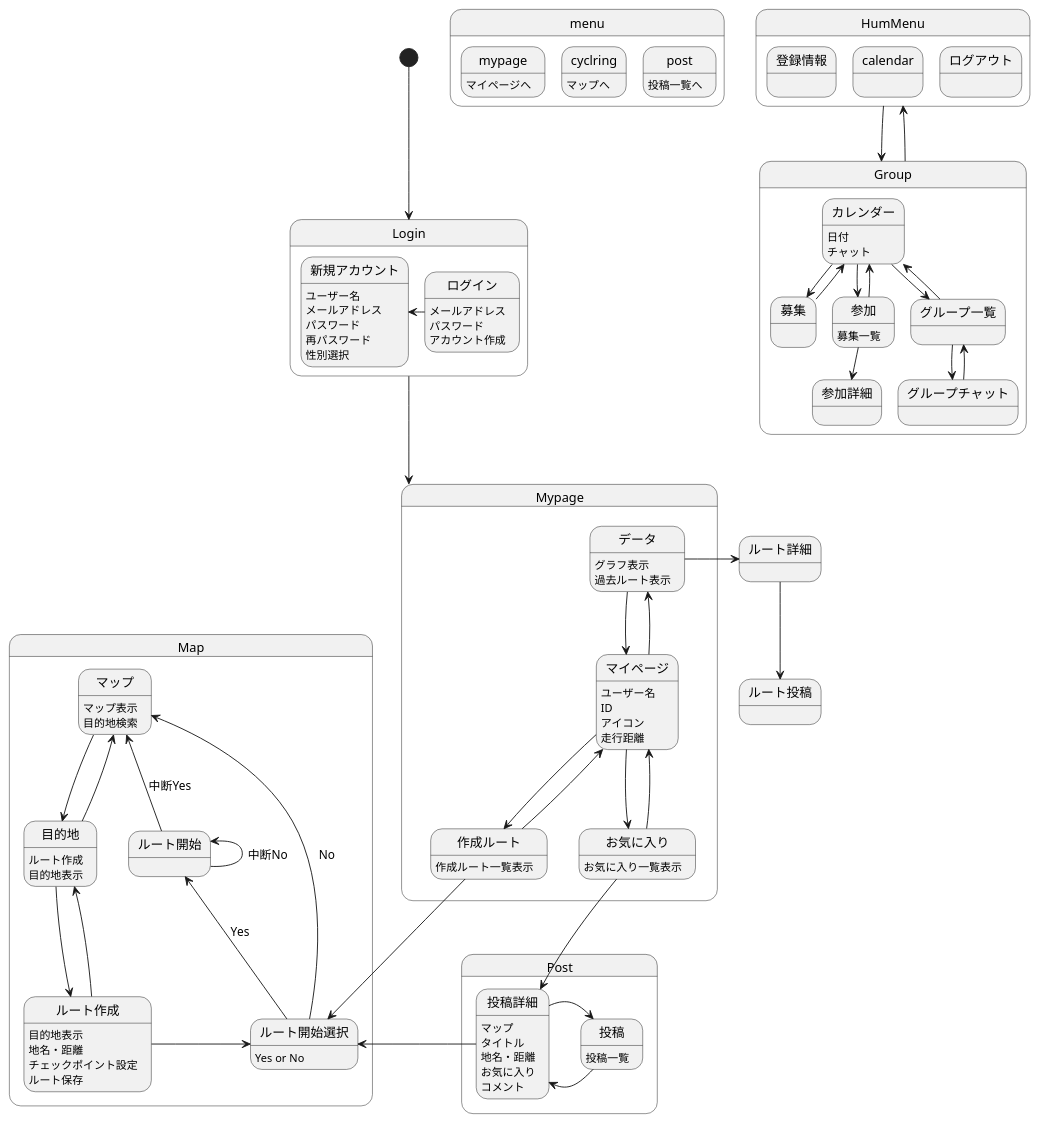
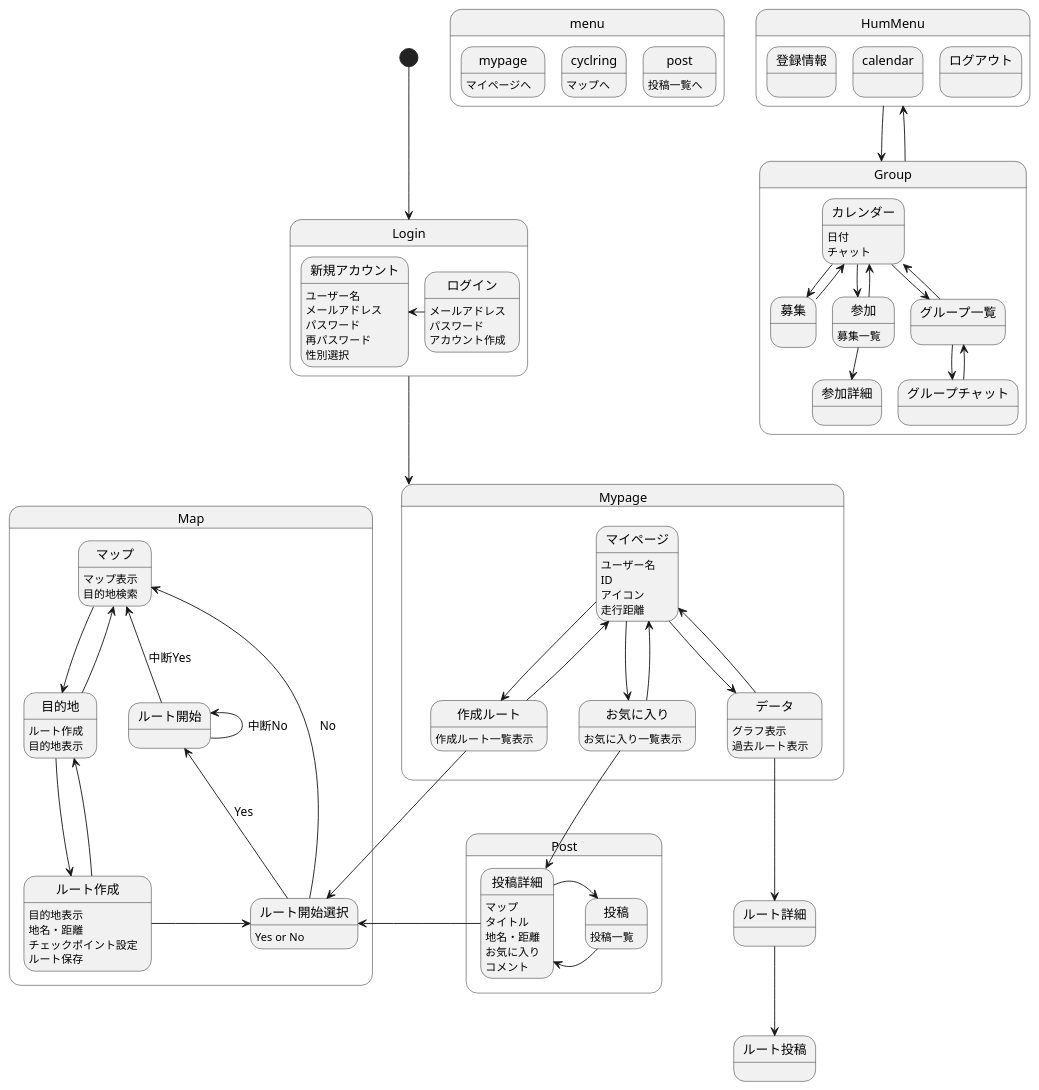
The diagram in 画面遷移図/gm.md (AsoSD3A3/CyclingSystem), drawn with PlantUML before and after one commit.

```diff
--- a/画面遷移図/gm.md
+++ b/画面遷移図/gm.md
@@ -65,7 +65,7 @@
 データ:過去ルート表示
 作成ルート:作成ルート一覧表示
 }
-データ-right->ルート詳細
+データ-down->ルート詳細
 ルート詳細-down->ルート投稿
 
 state Map{
```
